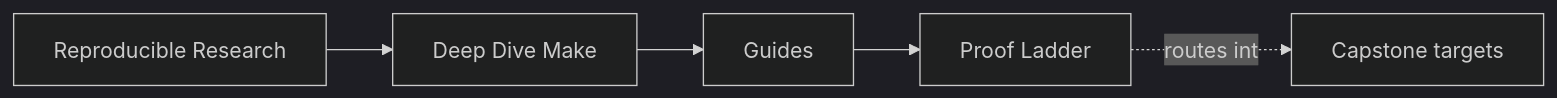
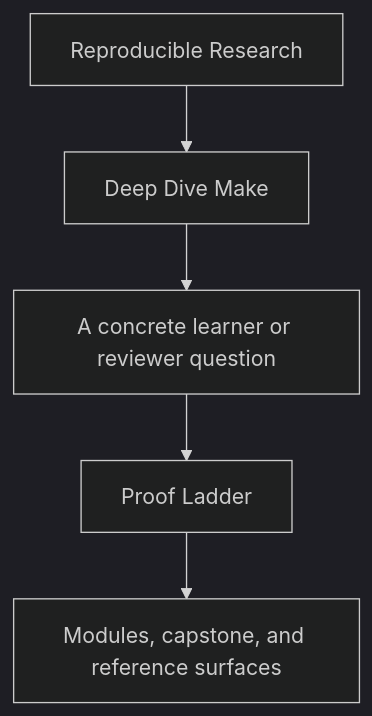
One commit to bijux/bijux-masterclass changed the first of 2 diagrams in programs/reproducible-research/deep-dive-make/course-book/guides/proof-ladder.md. Above: the diagram before and after it, drawn with Mermaid (dark theme). The commit also changed other lines of this file and 29 other files, not shown here.

Commit message:
docs(deep-dive-make): sharpen guide and reference diagrams

````diff
--- a/programs/reproducible-research/deep-dive-make/course-book/guides/proof-ladder.md
+++ b/programs/reproducible-research/deep-dive-make/course-book/guides/proof-ladder.md
@@ -9,11 +9,7 @@
 ```mermaid
-graph LR
-  family["Reproducible Research"]
-  program["Deep Dive Make"]
-  section["Guides"]
-  page["Proof Ladder"]
-  capstone["Capstone targets"]
-
-  family --> program --> section --> page
-  page -.routes into.-> capstone
+flowchart TD
+  family["Reproducible Research"] --> program["Deep Dive Make"]
+  program --> pressure["A concrete learner or reviewer question"]
+  pressure --> guide["Proof Ladder"]
+  guide --> next["Modules, capstone, and reference surfaces"]
 ```
````
